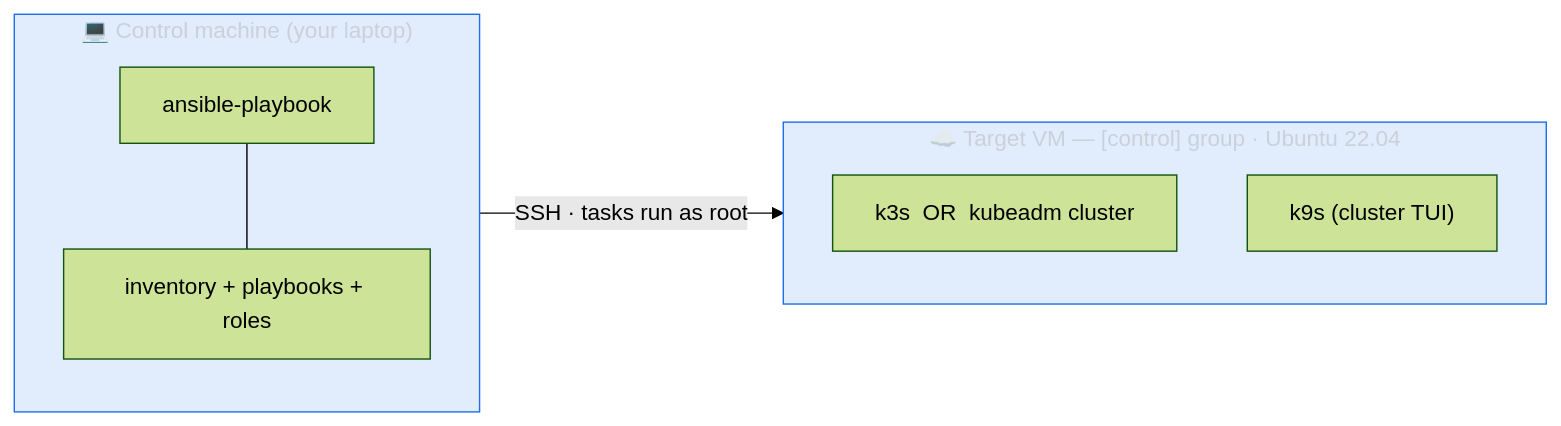
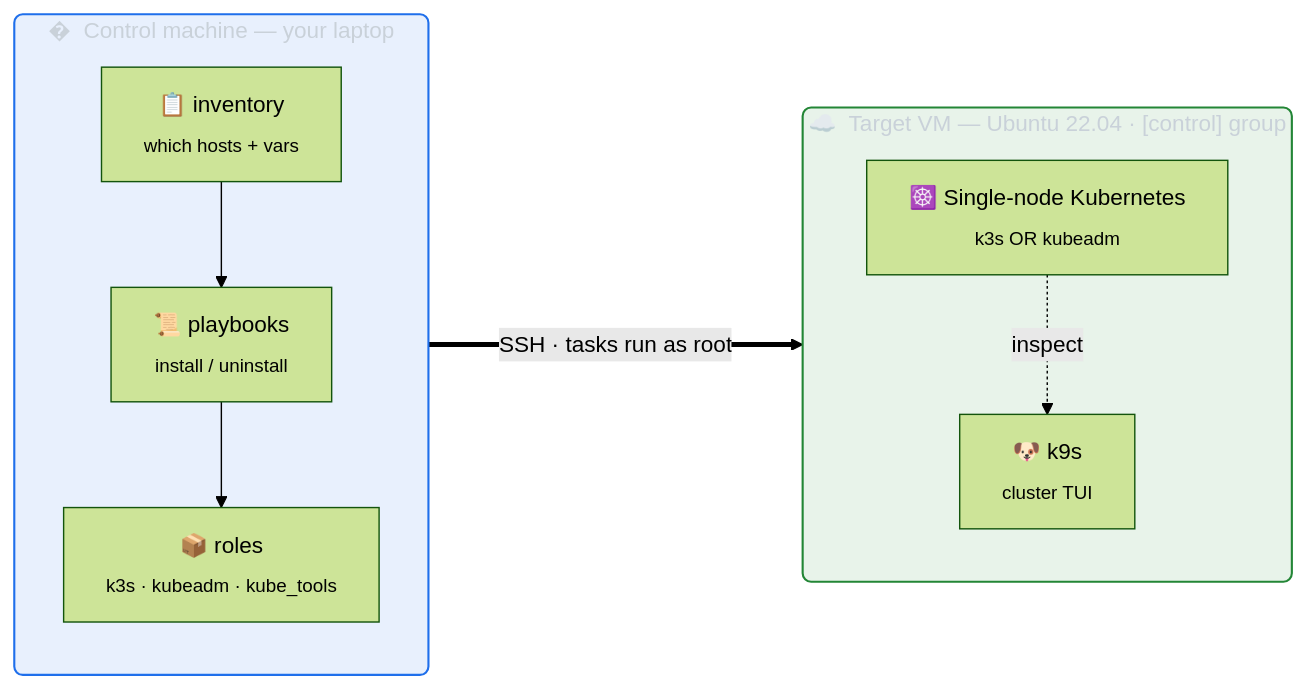
One commit to r97221004/ansible-tutorial changed the first of 2 diagrams in README.md. Above: the diagram before and after it, drawn with Mermaid (forest theme). The commit also changed other lines of this file, not shown here.

Commit message:
docs: refine architecture diagram and stabilize header badges
AS IS: the Architecture Overview Mermaid diagram was visually flat —
two undifferentiated boxes with vague labels — and the header carried a
github/last-commit badge plus an uncached github/stars badge, both of
which hit the GitHub API on every render and intermittently failed with
"Unable to select next GitHub token from pool".

TO BE: redraw the diagram with a clear inventory -> playbooks -> roles
chain on the control side, an inspect link from the cluster to k9s on
the target side, color-coded control/target subgraphs, and a prominent
SSH edge; drop the low-value last-commit badge and add
cacheSeconds=86400 to the stars badge so it rarely calls the API.

TASK # N/A

````diff
--- a/README.md
+++ b/README.md
@@ -121,20 +120,24 @@
 ```mermaid
 flowchart LR
-    subgraph control["💻 Control machine (your laptop)"]
+    subgraph control["�️&nbsp; Control machine — your laptop"]
         direction TB
-        cli["ansible-playbook"]
-        assets["inventory + playbooks + roles"]
-        cli --- assets
+        inv["📋 inventory<br/><sub>which hosts + vars</sub>"]
+        pb["📜 playbooks<br/><sub>install / uninstall</sub>"]
+        roles["📦 roles<br/><sub>k3s · kubeadm · kube_tools</sub>"]
+        inv --> pb --> roles
     end
 
-    subgraph target["☁️ Target VM — [control] group · Ubuntu 22.04"]
+    subgraph target["☁️&nbsp; Target VM — Ubuntu 22.04 · [control] group"]
         direction TB
-        k8s["k3s &nbsp;OR&nbsp; kubeadm cluster"]
-        k9s["k9s (cluster TUI)"]
+        cluster["☸️ Single-node Kubernetes<br/><sub>k3s OR kubeadm</sub>"]
+        k9s["🐶 k9s<br/><sub>cluster TUI</sub>"]
+        cluster -.->|inspect| k9s
     end
 
-    control -- "SSH · tasks run as root" --> target
+    control ===>|"SSH · tasks run as root"| target
 
-    classDef box fill:#1f6feb22,stroke:#1f6feb,stroke-width:1px,color:#c9d1d9;
-    class control,target box;
+    classDef ctrl fill:#1f6feb1a,stroke:#1f6feb,stroke-width:1.5px,color:#c9d1d9,rx:6,ry:6;
+    classDef tgt fill:#2386361a,stroke:#238636,stroke-width:1.5px,color:#c9d1d9,rx:6,ry:6;
+    class control ctrl;
+    class target tgt;
 ```
````
